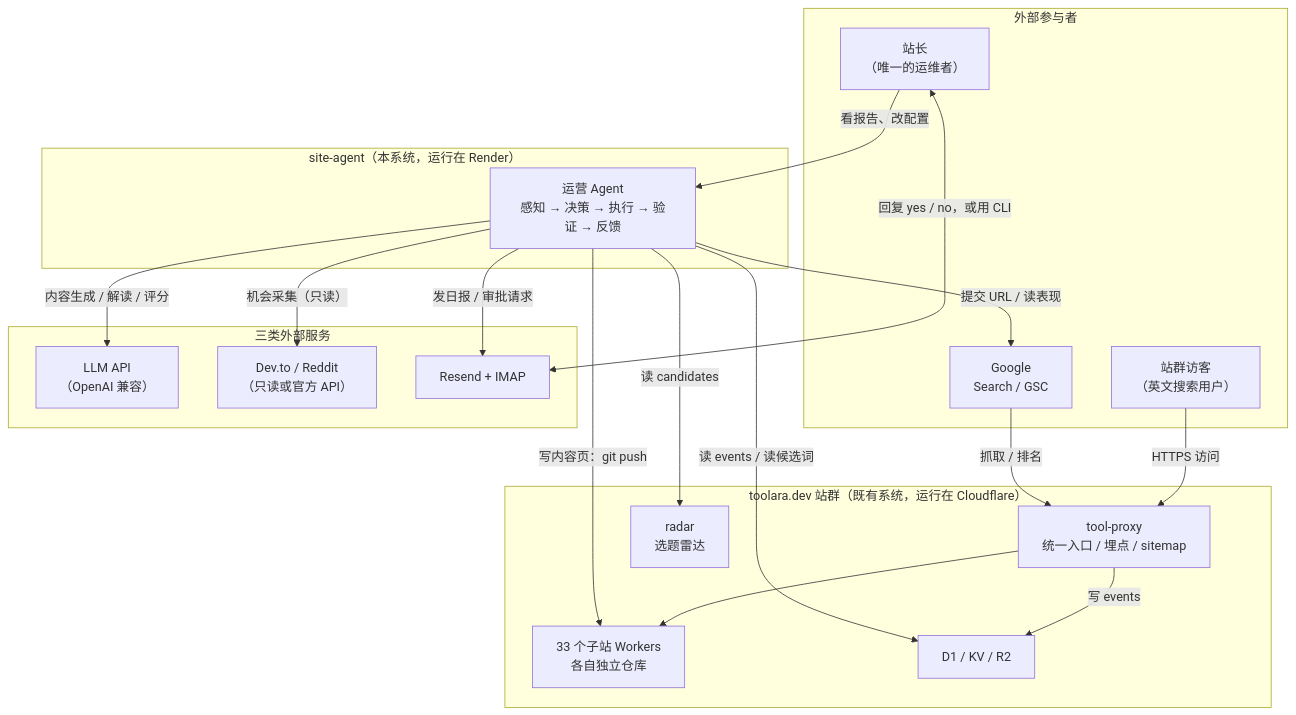
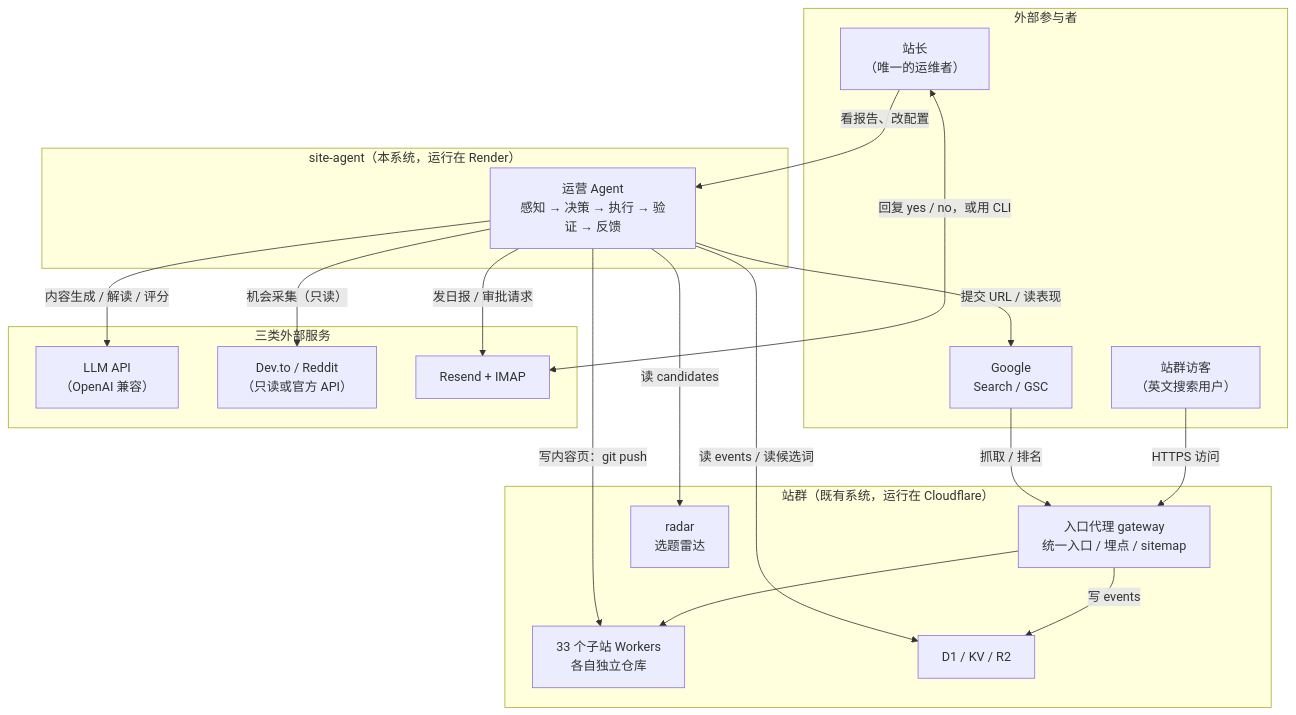
One commit to lvyafei2026-coder/site-agent changed the first of 6 diagrams in docs/02-architecture.md. Above: the diagram before and after it, drawn with Mermaid. The commit also changed other lines of this file and 15 other files, not shown here.

````diff
--- a/docs/02-architecture.md
+++ b/docs/02-architecture.md
@@ -18,40 +18,40 @@
 ```mermaid
 graph TB
     subgraph ACTORS["外部参与者"]
         VISITOR["站群访客<br/>（英文搜索用户）"]
         GOOGLE["Google<br/>Search / GSC"]
         OWNER["站长<br/>（唯一的运维者）"]
     end
 
     subgraph BOUNDARY["site-agent（本系统，运行在 Render）"]
         AGENT["运营 Agent<br/>感知 → 决策 → 执行 → 验证 → 反馈"]
     end
 
-    subgraph FLEET["toolara.dev 站群（既有系统，运行在 Cloudflare）"]
-        PROXY["tool-proxy<br/>统一入口 / 埋点 / sitemap"]
+    subgraph FLEET["站群（既有系统，运行在 Cloudflare）"]
+        GATEWAY["入口代理 gateway<br/>统一入口 / 埋点 / sitemap"]
         SITES["33 个子站 Workers<br/>各自独立仓库"]
         STORE["D1 / KV / R2"]
         RADAR["radar<br/>选题雷达"]
     end
 
     subgraph THIRD["三类外部服务"]
         LLM["LLM API<br/>（OpenAI 兼容）"]
         SOCIAL["Dev.to / Reddit<br/>（只读或官方 API）"]
         MAIL["Resend + IMAP"]
     end
 
-    VISITOR -->|"HTTPS 访问"| PROXY
-    PROXY --> SITES
-    PROXY -->|"写 events"| STORE
-    GOOGLE -->|"抓取 / 排名"| PROXY
+    VISITOR -->|"HTTPS 访问"| GATEWAY
+    GATEWAY --> SITES
+    GATEWAY -->|"写 events"| STORE
+    GOOGLE -->|"抓取 / 排名"| GATEWAY
 
     AGENT -->|"读 events / 读候选词"| STORE
     AGENT -->|"读 candidates"| RADAR
     AGENT -->|"写内容页：git push"| SITES
     AGENT -->|"提交 URL / 读表现"| GOOGLE
     AGENT -->|"内容生成 / 解读 / 评分"| LLM
     AGENT -->|"机会采集（只读）"| SOCIAL
     AGENT -->|"发日报 / 审批请求"| MAIL
     OWNER <-->|"回复 yes / no，或用 CLI"| MAIL
     OWNER -->|"看报告、改配置"| AGENT
 ```
````
